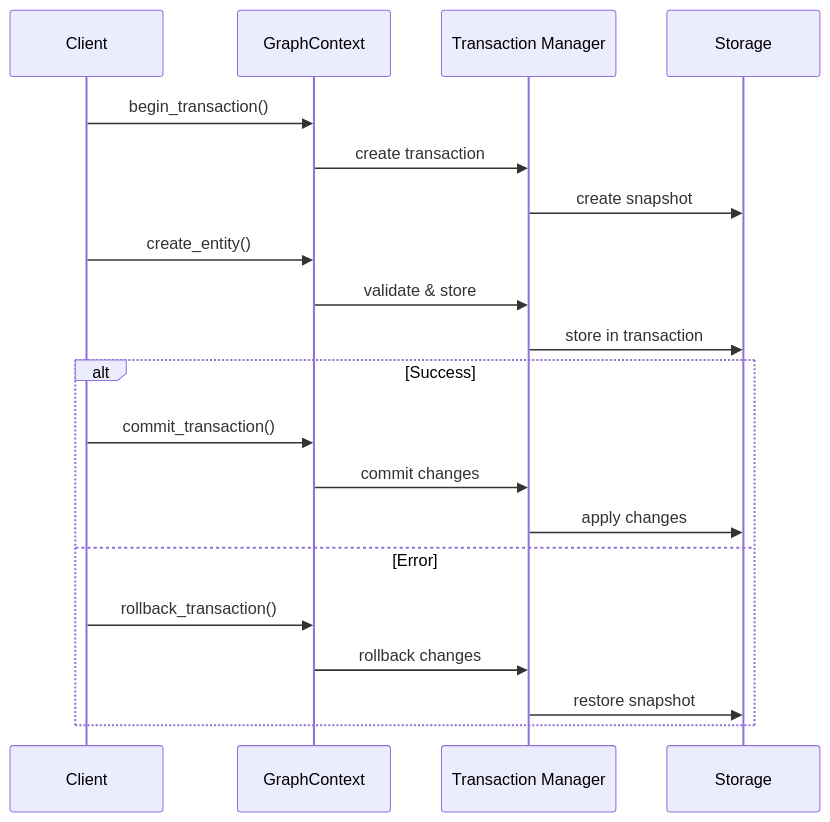
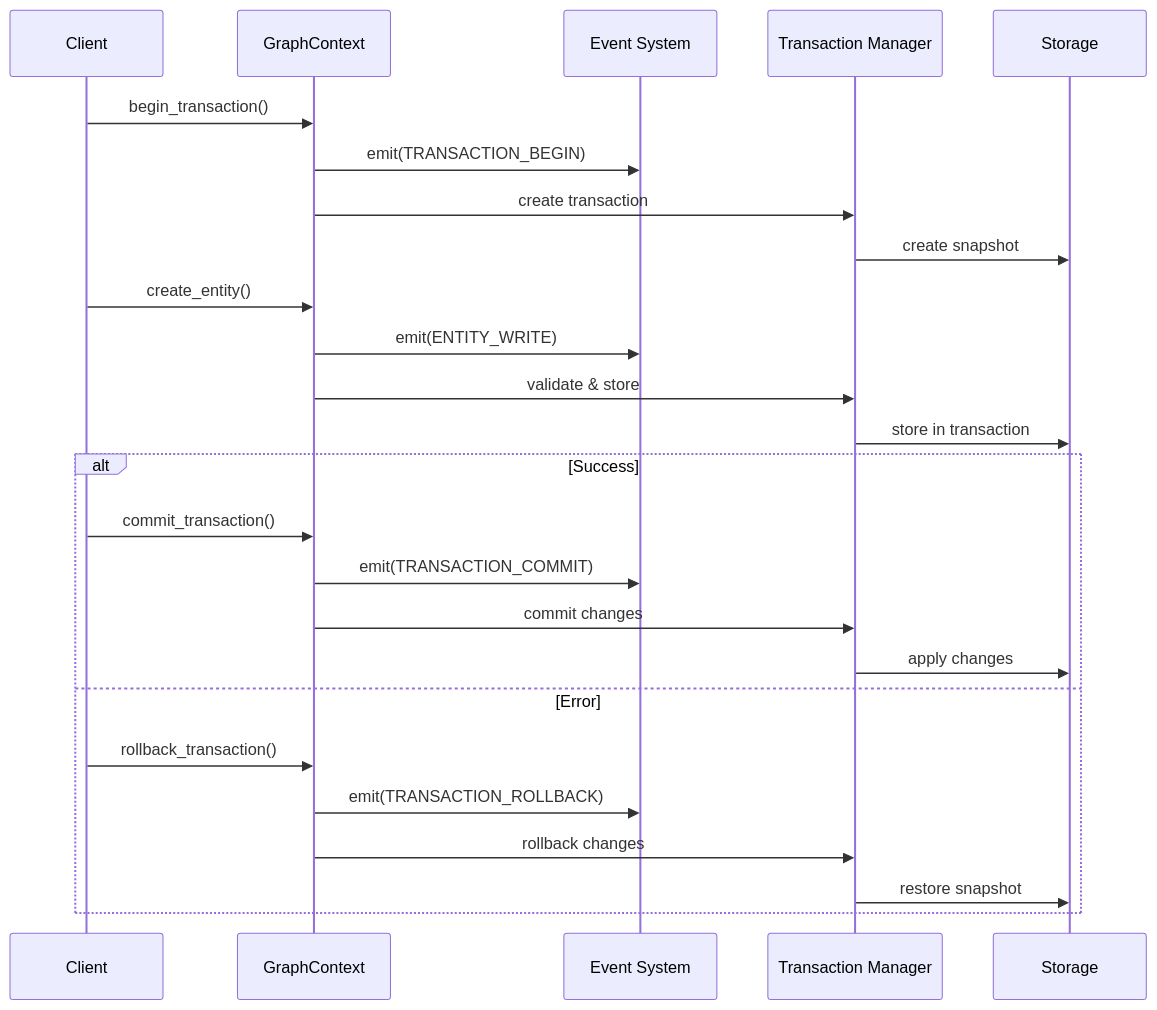
Before and after one commit to beanone/graph-context: the second of 4 diagrams in README.md, drawn with Mermaid. The commit also changed other lines of this file and 8 other files, not shown here.

````diff
--- a/README.md
+++ b/README.md
@@ -229,25 +331,30 @@
 ```mermaid
 sequenceDiagram
     participant C as Client
     participant G as GraphContext
+    participant E as Event System
     participant T as Transaction Manager
     participant S as Storage
 
     C->>G: begin_transaction()
+    G->>E: emit(TRANSACTION_BEGIN)
     G->>T: create transaction
     T->>S: create snapshot
 
     C->>G: create_entity()
+    G->>E: emit(ENTITY_WRITE)
     G->>T: validate & store
     T->>S: store in transaction
 
     alt Success
         C->>G: commit_transaction()
+        G->>E: emit(TRANSACTION_COMMIT)
         G->>T: commit changes
         T->>S: apply changes
     else Error
         C->>G: rollback_transaction()
+        G->>E: emit(TRANSACTION_ROLLBACK)
         G->>T: rollback changes
         T->>S: restore snapshot
     end
 ```
````
